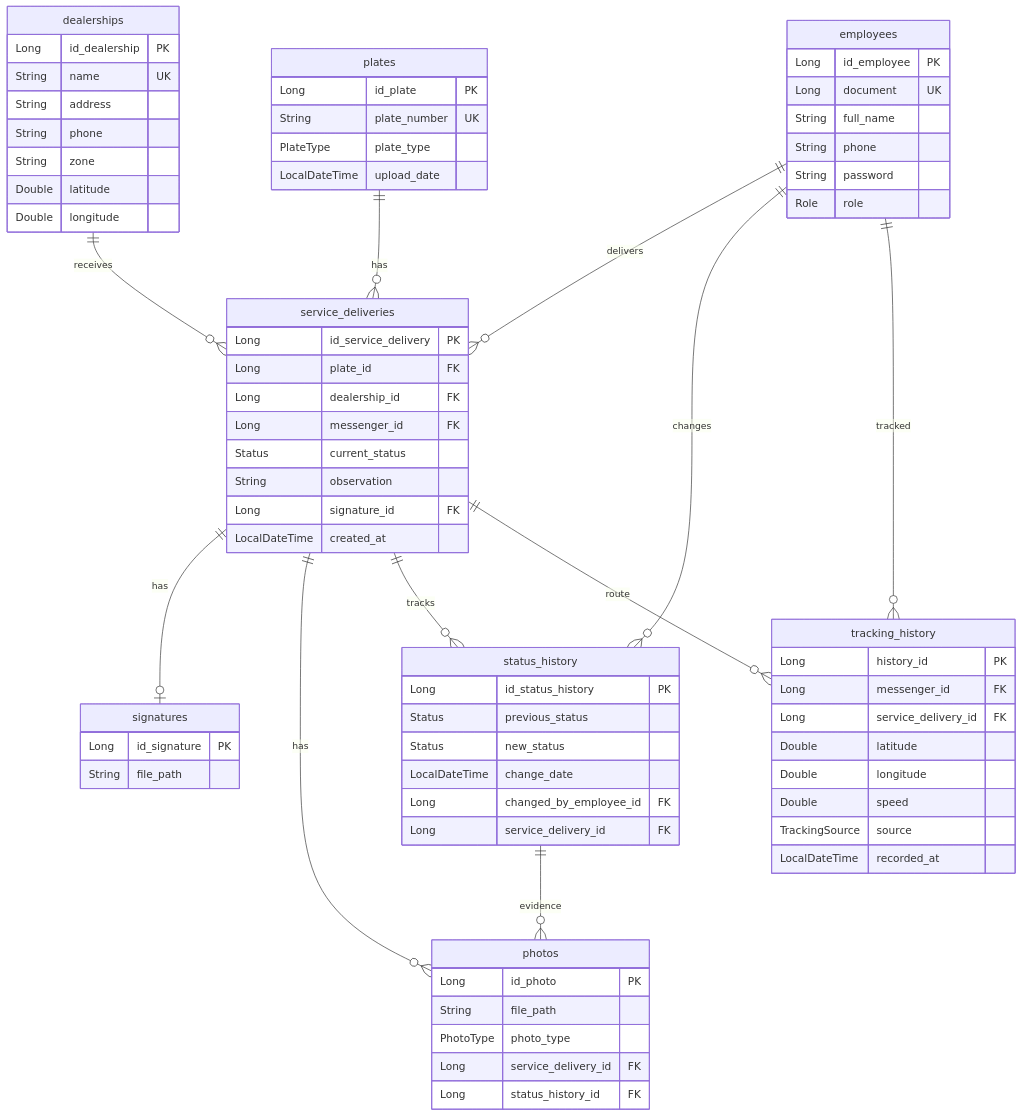
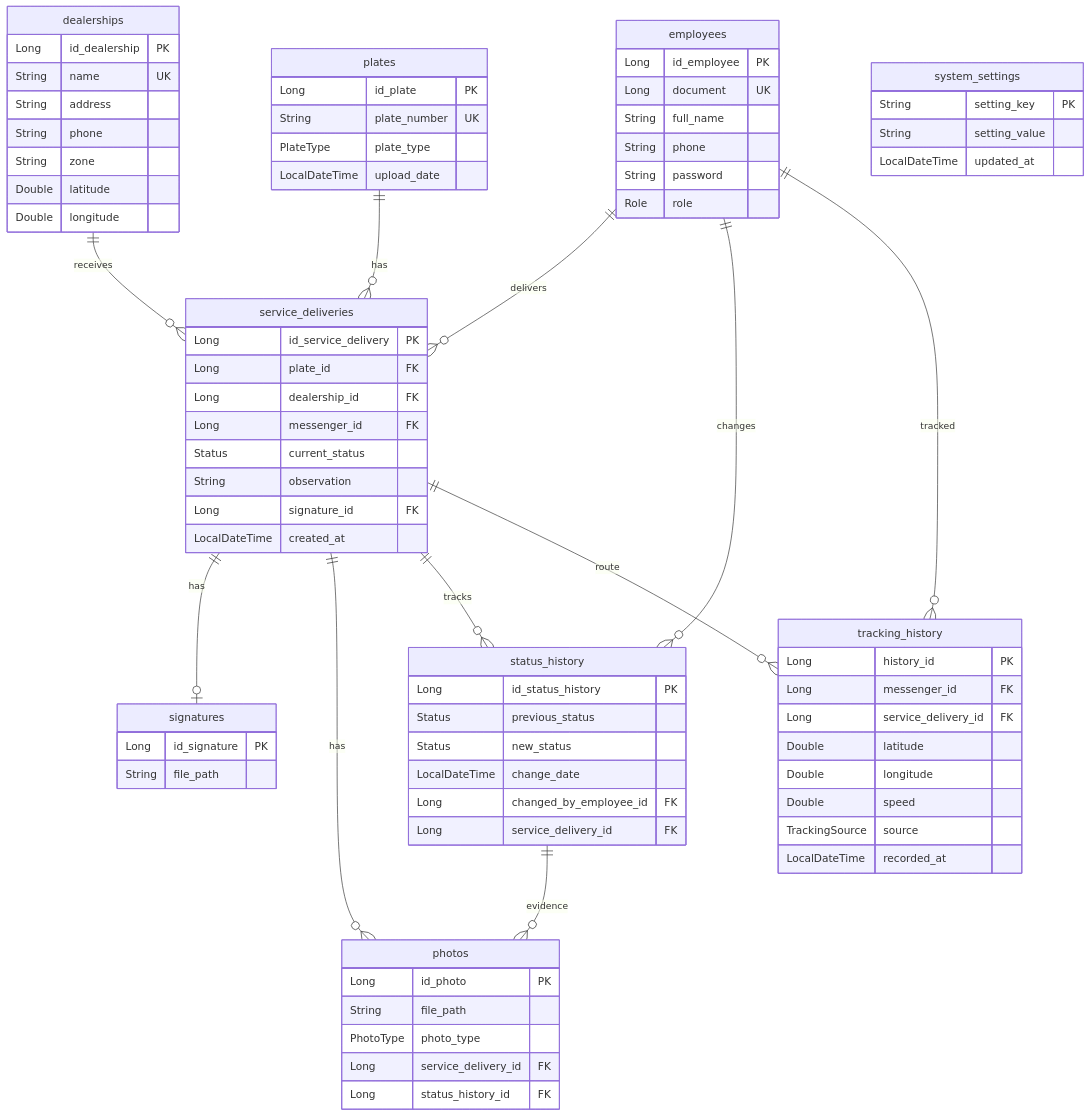
One commit to fttmatteo/messenger-backend changed the second of 4 diagrams in README.md. Above: the diagram before and after it, drawn with Mermaid. The commit also changed other lines of this file and 1 other file, not shown here.

Commit message:
docs: enhance README with updated architecture and state flow diagrams, new API endpoints, and technology details.

```diff
--- a/README.md
+++ b/README.md
@@ -385,6 +412,12 @@
         LocalDateTime recorded_at
     }
     
+    system_settings {
+        String setting_key PK
+        String setting_value
+        LocalDateTime updated_at
+    }
+    
     employees ||--o{ service_deliveries : "delivers"
     dealerships ||--o{ service_deliveries : "receives"
     plates ||--o{ service_deliveries : "has"
```
